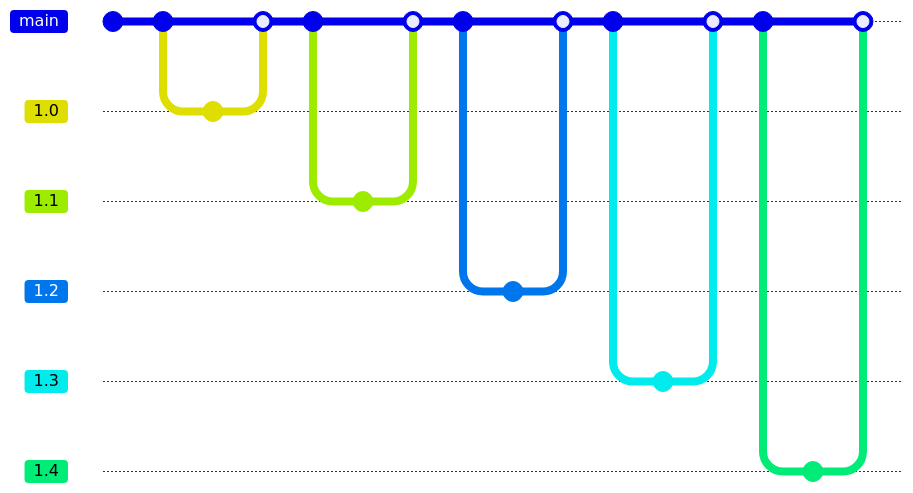
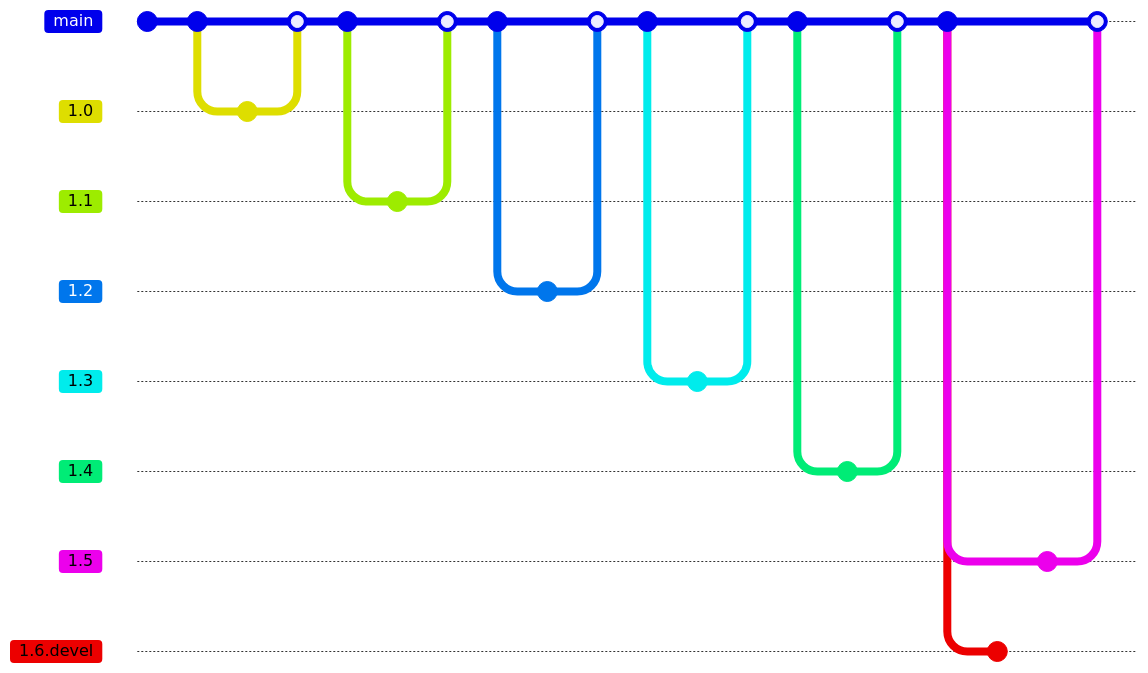
Before and after one commit to gianmarco-mameli/uselessrepo: the diagram in graph.md, drawn with Mermaid. Commit ids are hidden.

Commit message:
merge 1.5 - create 1.6.devel

````diff
--- a/graph.md
+++ b/graph.md
@@ -1,34 +1,42 @@
 ```mermaid
 gitGraph
     commit
     commit
     branch 1.0
     checkout 1.0
     commit
     checkout main
     merge 1.0
     commit
     branch 1.1
     checkout 1.1
     commit
     checkout main
     merge 1.1
     commit
     branch 1.2
     checkout 1.2
     commit
     checkout main
     merge 1.2
     commit
     branch 1.3
     checkout 1.3
     commit
     checkout main
     merge 1.3
     commit
     branch 1.4
     checkout 1.4
     commit
     checkout main
     merge 1.4
+    commit
+    branch 1.5
+    branch 1.6.devel
+    commit
+    checkout 1.5
+    commit
+    checkout main
+    merge 1.5
 ```
````
